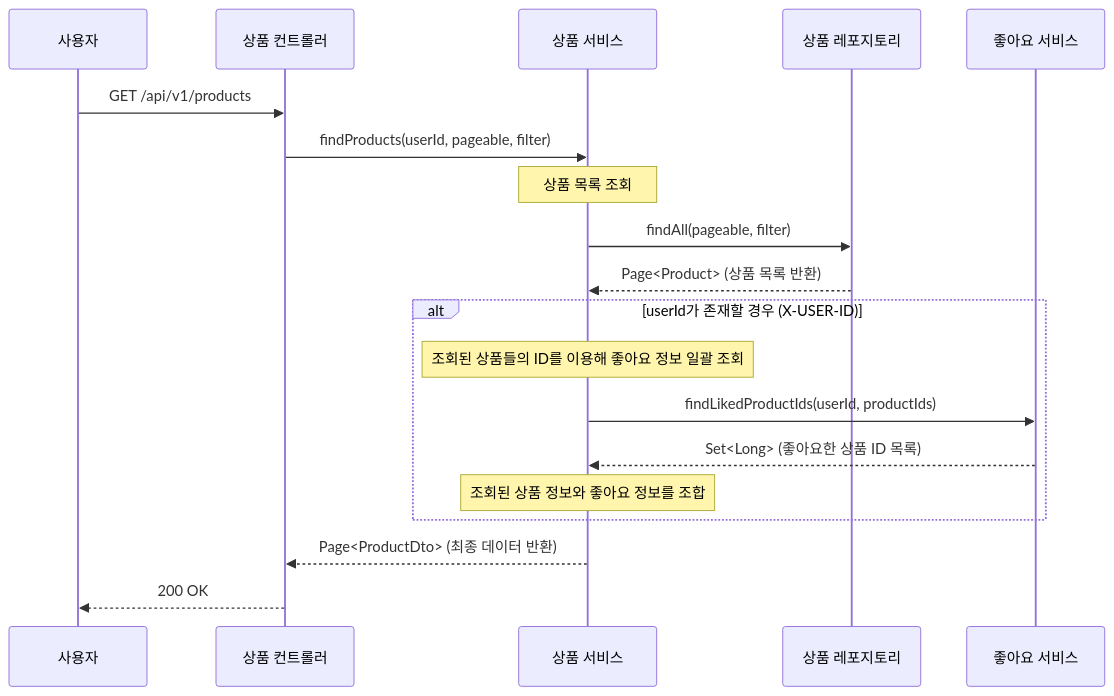
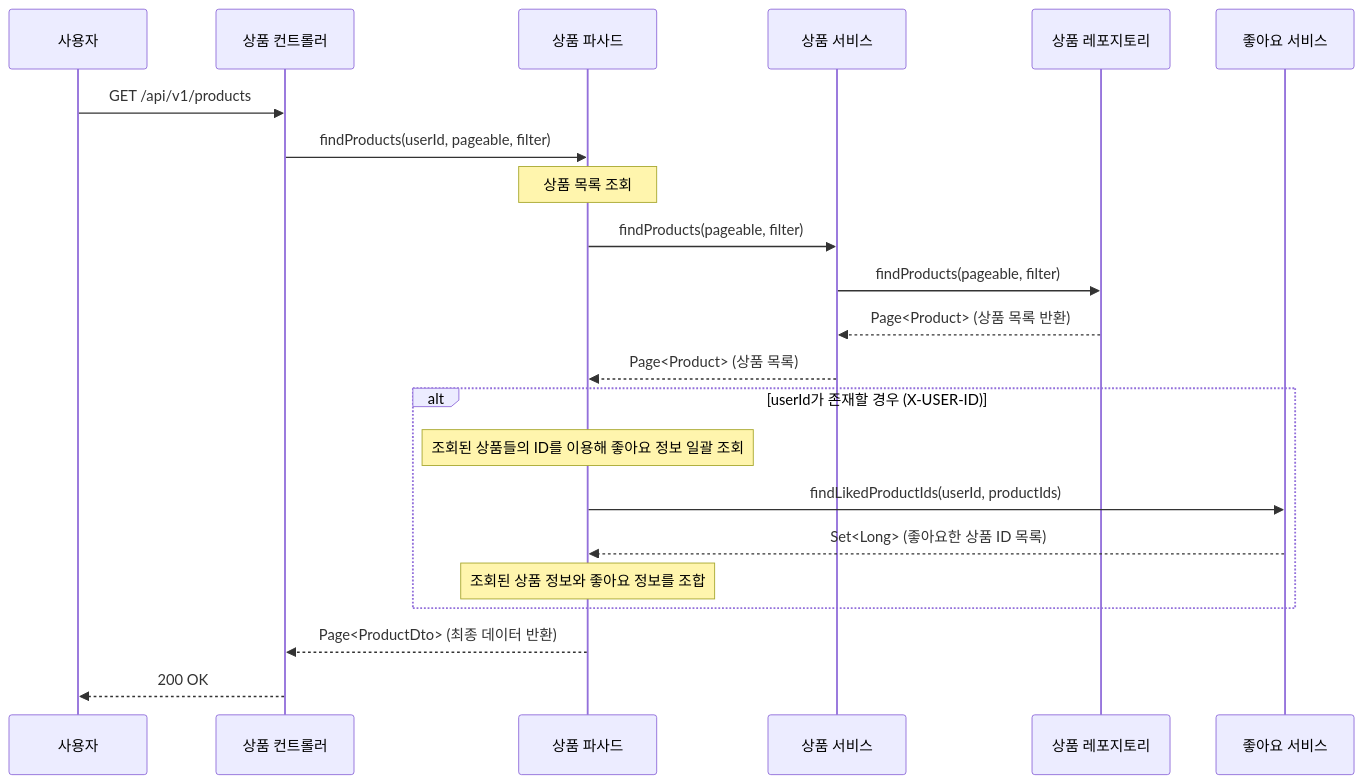
One commit to Loopers-Team-6/chanho changed the first of 5 diagrams in docs/design/02-sequence-diagrams.md. Above: the diagram before and after it, drawn with Mermaid. The commit also changed other lines of this file and 3 other files, not shown here.

````diff
--- a/docs/design/02-sequence-diagrams.md
+++ b/docs/design/02-sequence-diagrams.md
@@ -11,23 +11,26 @@
 ```mermaid
 sequenceDiagram
     participant User as 사용자
     participant ProductController as 상품 컨트롤러
+    participant ProductFacade as 상품 파사드
     participant ProductService as 상품 서비스
     participant ProductRepository as 상품 레포지토리
     participant LikeService as 좋아요 서비스
     User ->> ProductController: GET /api/v1/products
-    ProductController ->> ProductService: findProducts(userId, pageable, filter)
-    Note over ProductService: 상품 목록 조회
-    ProductService ->> ProductRepository: findAll(pageable, filter)
+    ProductController ->> ProductFacade: findProducts(userId, pageable, filter)
+    Note over ProductFacade: 상품 목록 조회
+    ProductFacade ->> ProductService: findProducts(pageable, filter)
+    ProductService ->> ProductRepository: findProducts(pageable, filter)
     ProductRepository -->> ProductService: Page<Product> (상품 목록 반환)
+    ProductService -->> ProductFacade: Page<Product> (상품 목록)
 
     alt userId가 존재할 경우 (X-USER-ID)
-        Note over ProductService: 조회된 상품들의 ID를 이용해 좋아요 정보 일괄 조회
-        ProductService ->> LikeService: findLikedProductIds(userId, productIds)
-        LikeService -->> ProductService: Set<Long> (좋아요한 상품 ID 목록)
-        Note over ProductService: 조회된 상품 정보와 좋아요 정보를 조합
+        Note over ProductFacade: 조회된 상품들의 ID를 이용해 좋아요 정보 일괄 조회
+        ProductFacade ->> LikeService: findLikedProductIds(userId, productIds)
+        LikeService -->> ProductFacade: Set<Long> (좋아요한 상품 ID 목록)
+        Note over ProductFacade: 조회된 상품 정보와 좋아요 정보를 조합
     end
 
-    ProductService -->> ProductController: Page<ProductDto> (최종 데이터 반환)
+    ProductFacade -->> ProductController: Page<ProductDto> (최종 데이터 반환)
     ProductController -->> User: 200 OK
 ```
````
